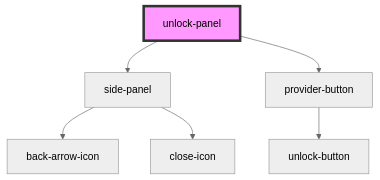
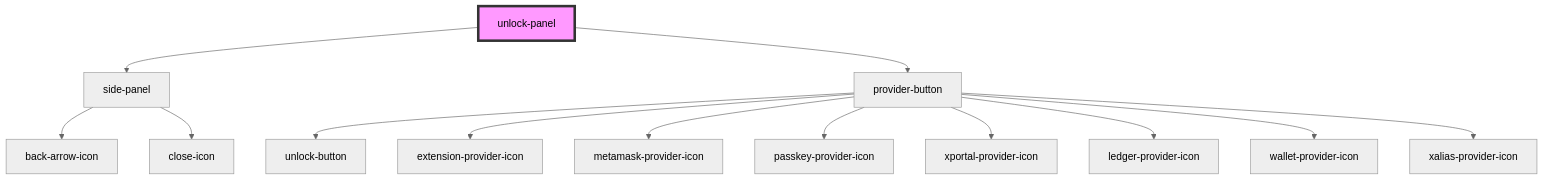
Before and after one commit to multiversx/mx-sdk-dapp-ui: the diagram in src/components/visual/unlock-panel/readme.md, drawn with Mermaid (neutral theme). The commit also changed other lines of this file and 46 other files, not shown here.

````diff
--- a/src/components/visual/unlock-panel/readme.md
+++ b/src/components/visual/unlock-panel/readme.md
@@ -33,9 +32,16 @@
 ```mermaid
 graph TD;
   unlock-panel --> side-panel
   unlock-panel --> provider-button
   side-panel --> back-arrow-icon
   side-panel --> close-icon
   provider-button --> unlock-button
+  provider-button --> extension-provider-icon
+  provider-button --> metamask-provider-icon
+  provider-button --> passkey-provider-icon
+  provider-button --> xportal-provider-icon
+  provider-button --> ledger-provider-icon
+  provider-button --> wallet-provider-icon
+  provider-button --> xalias-provider-icon
   style unlock-panel fill:#f9f,stroke:#333,stroke-width:4px
 ```
````
